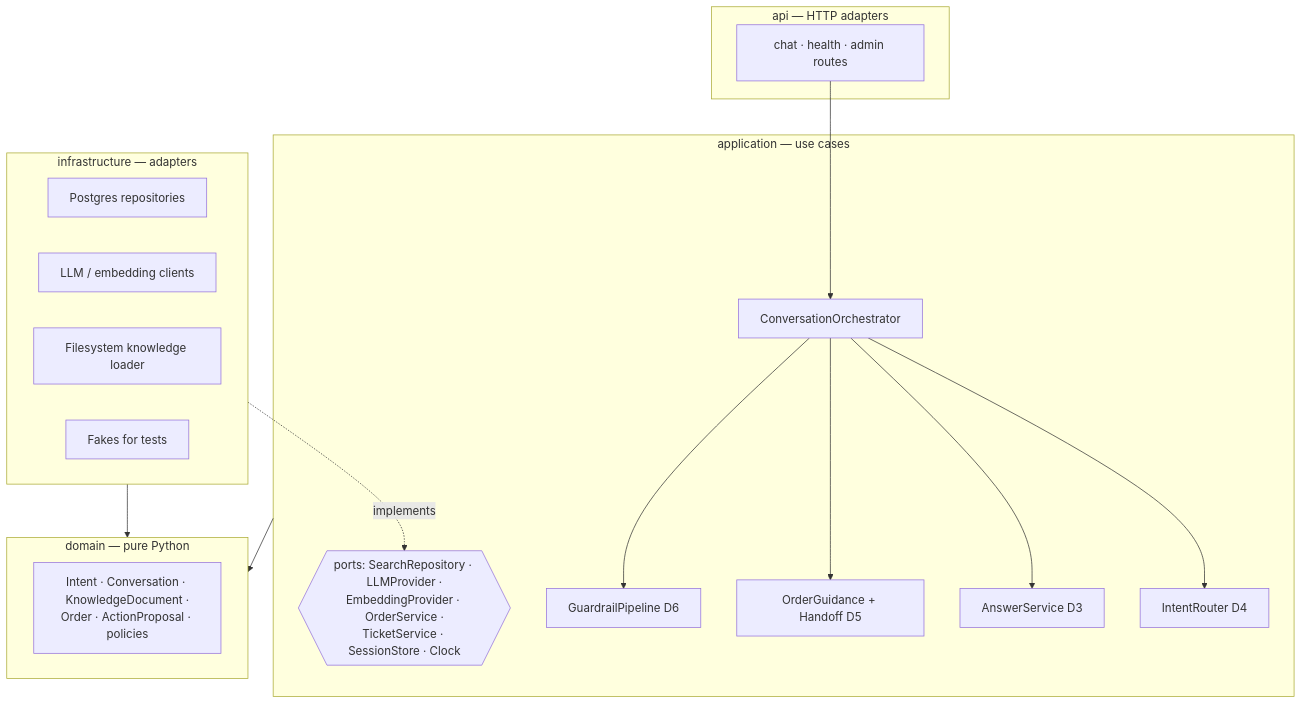
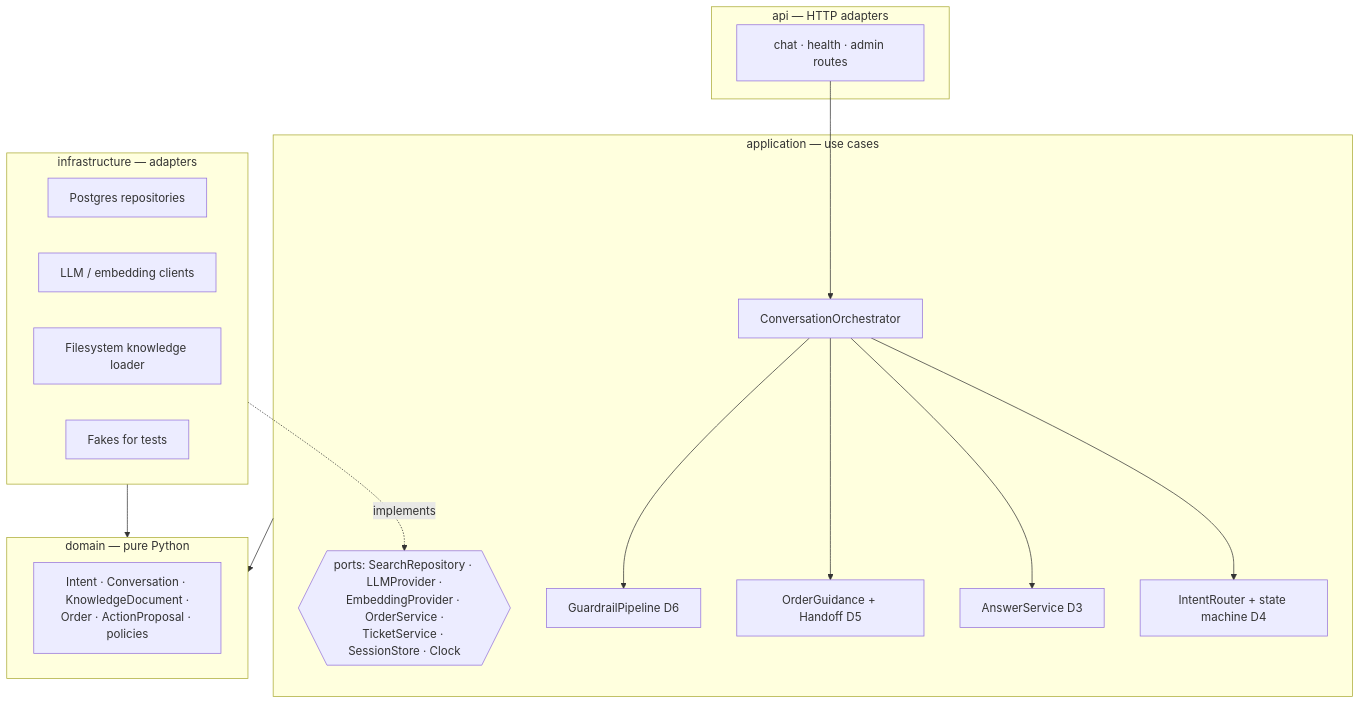
Before and after one commit to haoran-yang-henry/customer-chatbot: the third of 9 diagrams in docs/architecture.md, drawn with Mermaid. The commit also changed other lines of this file and 48 other files, not shown here.

````diff
--- a/docs/architecture.md
+++ b/docs/architecture.md
@@ -73,29 +73,29 @@
 ```mermaid
 flowchart TB
     subgraph api_layer [api — HTTP adapters]
         routes[chat · health · admin routes]
     end
     subgraph app_layer [application — use cases]
         orchestrator[ConversationOrchestrator]
-        router[IntentRouter D4]
+        router[IntentRouter + state machine D4]
         rag[AnswerService D3]
         workflow[OrderGuidance + Handoff D5]
         guard[GuardrailPipeline D6]
         ports{{ports: SearchRepository · LLMProvider ·<br/>EmbeddingProvider · OrderService ·<br/>TicketService · SessionStore · Clock}}
     end
     subgraph domain_layer [domain — pure Python]
         model[Intent · Conversation · KnowledgeDocument ·<br/>Order · ActionProposal · policies]
     end
     subgraph infra_layer [infrastructure — adapters]
         pg[Postgres repositories]
         llmad[LLM / embedding clients]
         fs[Filesystem knowledge loader]
         fakes[Fakes for tests]
     end
 
     routes --> orchestrator
     orchestrator --> router & rag & workflow & guard
     app_layer --> domain_layer
     infra_layer -. implements .-> ports
     infra_layer --> domain_layer
 ```
````
